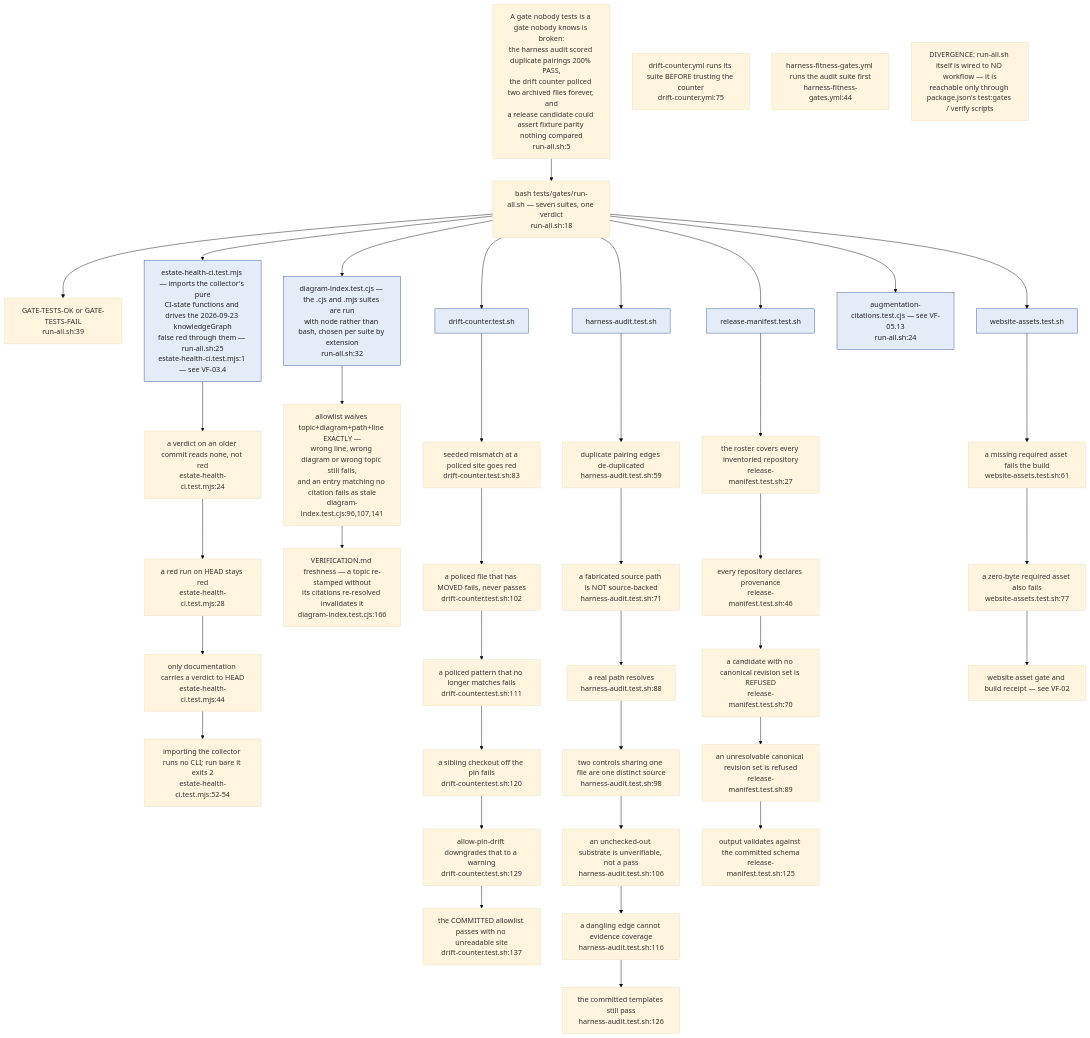
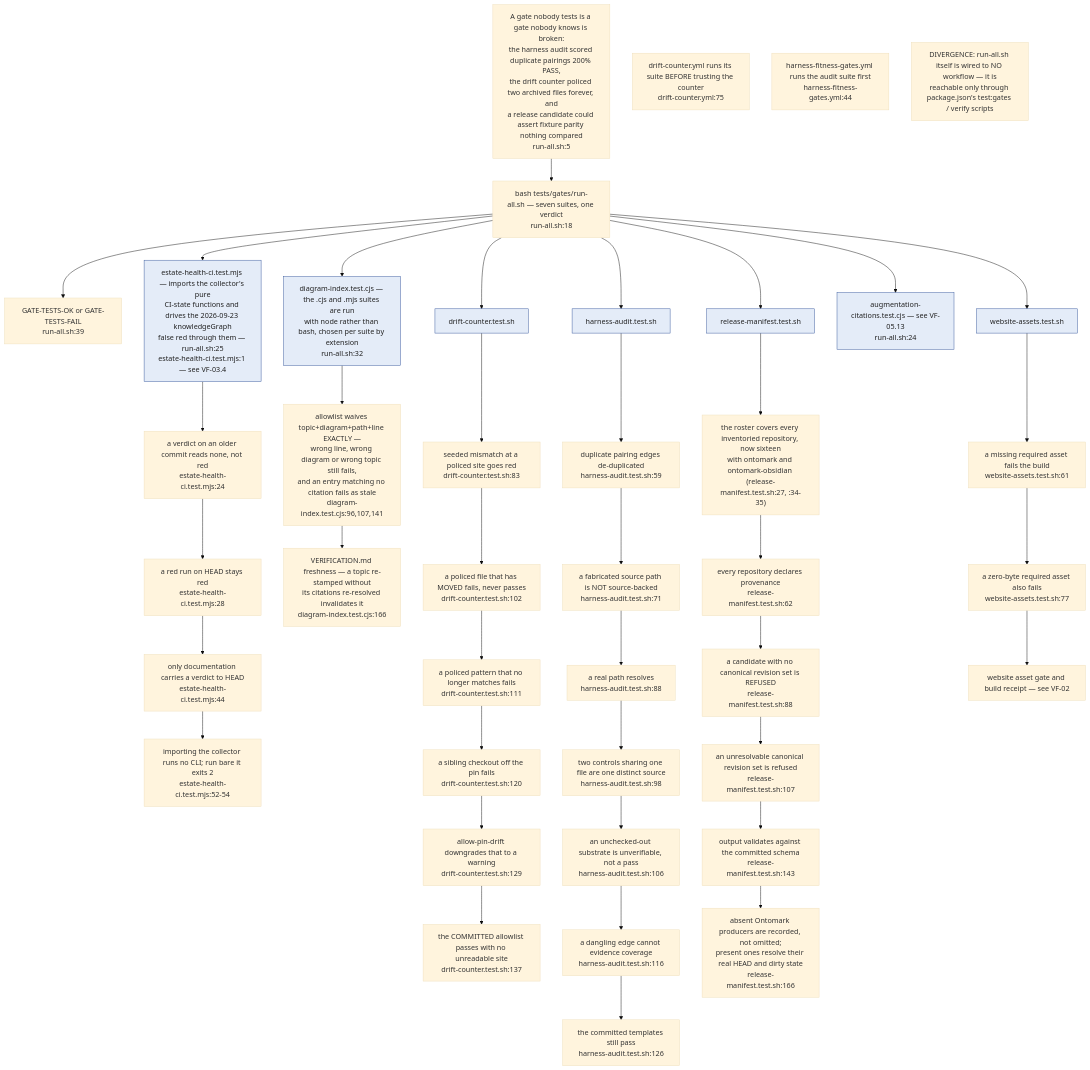
Before and after one commit to DreamLab-AI/VisionFlow: the tenth of 12 diagrams in docs/diagrams/visionflow/05-governance-gates.md, drawn with Mermaid (base theme). The commit also changed other lines of this file and 80 other files, not shown here.

First line of the commit message:
docs(diagrams): re-verify the agentbox, dreamlab, estate and visionflow corpus against current sources

````diff
--- a/docs/diagrams/visionflow/05-governance-gates.md
+++ b/docs/diagrams/visionflow/05-governance-gates.md
@@ -433,53 +433,54 @@
 ```mermaid
 flowchart TB
     classDef suite fill:#e4ecf8,stroke:#33559a,color:#222
 
     WHY["A gate nobody tests is a gate nobody knows is broken:<br/>the harness audit scored duplicate pairings 200% PASS,<br/>the drift counter policed two archived files forever, and<br/>a release candidate could assert fixture parity nothing compared<br/>run-all.sh:5"]
 
     WHY --> RUN["bash tests/gates/run-all.sh — seven suites, one verdict<br/>run-all.sh:18"]
     RUN --> PRINT["GATE-TESTS-OK or GATE-TESTS-FAIL<br/>run-all.sh:39"]
 
     RUN --> S1["drift-counter.test.sh"]:::suite
     RUN --> S2["harness-audit.test.sh"]:::suite
     RUN --> S3["release-manifest.test.sh"]:::suite
     RUN --> S4["website-assets.test.sh"]:::suite
     RUN --> S5["diagram-index.test.cjs — the .cjs and .mjs suites are run<br/>with node rather than bash, chosen per suite by extension<br/>run-all.sh:32"]:::suite
     RUN --> S6["augmentation-citations.test.cjs — see VF-05.13<br/>run-all.sh:24"]:::suite
     RUN --> S7["estate-health-ci.test.mjs — imports the collector's pure<br/>CI-state functions and drives the 2026-09-23 knowledgeGraph<br/>false red through them — run-all.sh:25<br/>estate-health-ci.test.mjs:1 — see VF-03.4"]:::suite
     S7 --> E1["a verdict on an older commit reads none, not red<br/>estate-health-ci.test.mjs:24"]
     E1 --> E2["a red run on HEAD stays red<br/>estate-health-ci.test.mjs:28"]
     E2 --> E3["only documentation carries a verdict to HEAD<br/>estate-health-ci.test.mjs:44"]
     E3 --> E4["importing the collector runs no CLI; run bare it exits 2<br/>estate-health-ci.test.mjs:52-54"]
 
     S5 --> DI1["allowlist waives topic+diagram+path+line EXACTLY —<br/>wrong line, wrong diagram or wrong topic still fails,<br/>and an entry matching no citation fails as stale<br/>diagram-index.test.cjs:96,107,141"]
     DI1 --> DI2["VERIFICATION.md freshness — a topic re-stamped without<br/>its citations re-resolved invalidates it<br/>diagram-index.test.cjs:166"]
 
     S1 --> D1["seeded mismatch at a policed site goes red<br/>drift-counter.test.sh:83"]
     D1 --> D2["a policed file that has MOVED fails, never passes<br/>drift-counter.test.sh:102"]
     D2 --> D3["a policed pattern that no longer matches fails<br/>drift-counter.test.sh:111"]
     D3 --> D4["a sibling checkout off the pin fails<br/>drift-counter.test.sh:120"]
     D4 --> D5["allow-pin-drift downgrades that to a warning<br/>drift-counter.test.sh:129"]
     D5 --> D6["the COMMITTED allowlist passes with no unreadable site<br/>drift-counter.test.sh:137"]
 
     S2 --> H1["duplicate pairing edges de-duplicated<br/>harness-audit.test.sh:59"]
     H1 --> H2["a fabricated source path is NOT source-backed<br/>harness-audit.test.sh:71"]
     H2 --> H3["a real path resolves<br/>harness-audit.test.sh:88"]
     H3 --> H4["two controls sharing one file are one distinct source<br/>harness-audit.test.sh:98"]
     H4 --> H5["an unchecked-out substrate is unverifiable, not a pass<br/>harness-audit.test.sh:106"]
     H5 --> H6["a dangling edge cannot evidence coverage<br/>harness-audit.test.sh:116"]
     H6 --> H7["the committed templates still pass<br/>harness-audit.test.sh:126"]
 
-    S3 --> R1["the roster covers every inventoried repository<br/>release-manifest.test.sh:27"]
-    R1 --> R2["every repository declares provenance<br/>release-manifest.test.sh:46"]
-    R2 --> R3["a candidate with no canonical revision set is REFUSED<br/>release-manifest.test.sh:70"]
-    R3 --> R4["an unresolvable canonical revision set is refused<br/>release-manifest.test.sh:89"]
-    R4 --> R5["output validates against the committed schema<br/>release-manifest.test.sh:125"]
+    S3 --> R1["the roster covers every inventoried repository, now sixteen<br/>with ontomark and ontomark-obsidian (release-manifest.test.sh:27, :34-35)"]
+    R1 --> R2["every repository declares provenance<br/>release-manifest.test.sh:62"]
+    R2 --> R3["a candidate with no canonical revision set is REFUSED<br/>release-manifest.test.sh:88"]
+    R3 --> R4["an unresolvable canonical revision set is refused<br/>release-manifest.test.sh:107"]
+    R4 --> R5["output validates against the committed schema<br/>release-manifest.test.sh:143"]
+    R5 --> R6["absent Ontomark producers are recorded, not omitted;<br/>present ones resolve their real HEAD and dirty state<br/>release-manifest.test.sh:166"]
 
     S4 --> W1["a missing required asset fails the build<br/>website-assets.test.sh:61"]
     W1 --> W2["a zero-byte required asset also fails<br/>website-assets.test.sh:77"]
     W2 --> WX["website asset gate and build receipt — see VF-02"]
 
     CI1["drift-counter.yml runs its suite BEFORE trusting the counter<br/>drift-counter.yml:75"]
     CI2["harness-fitness-gates.yml runs the audit suite first<br/>harness-fitness-gates.yml:44"]
     CI3["DIVERGENCE: run-all.sh itself is wired to NO workflow — it is<br/>reachable only through package.json's test:gates / verify scripts"]
 ```
````
